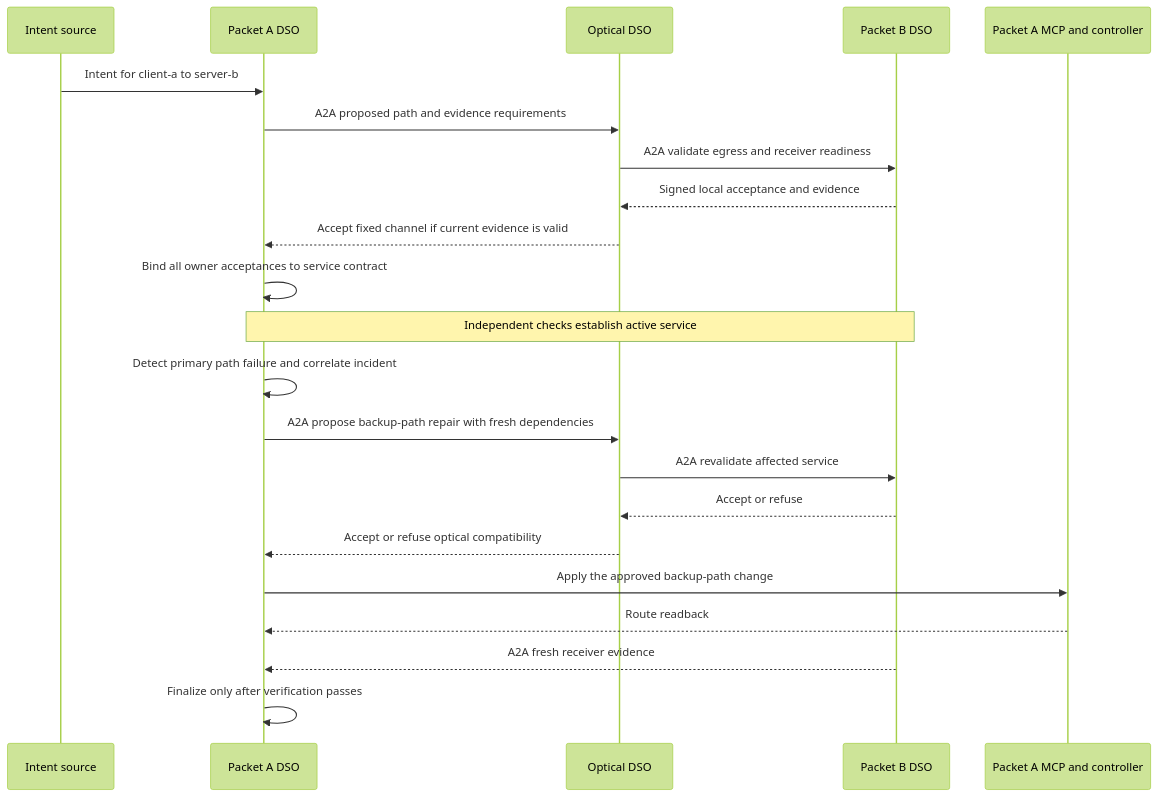
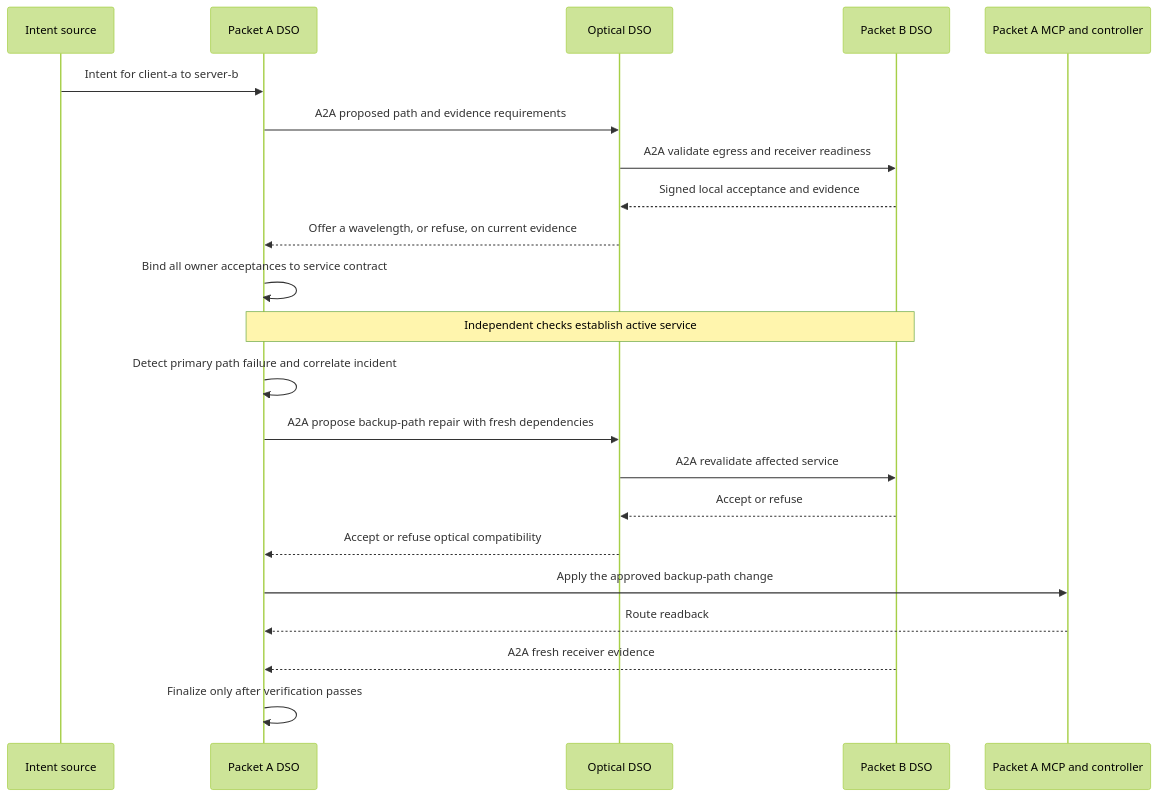
One commit to allenabishekGithub/inter-domain-automatedNetworking changed the third of 3 diagrams in docs/data-plane.md. Above: the diagram before and after it, drawn with Mermaid (forest theme). The commit also changed other lines of this file and 11 other files, not shown here.

````diff
--- a/docs/data-plane.md
+++ b/docs/data-plane.md
@@ -277,24 +299,24 @@
 ```mermaid
 sequenceDiagram
     participant U as Intent source
     participant A as Packet A DSO
     participant O as Optical DSO
     participant B as Packet B DSO
     participant M as Packet A MCP and controller
     U->>A: Intent for client-a to server-b
     A->>O: A2A proposed path and evidence requirements
     O->>B: A2A validate egress and receiver readiness
     B-->>O: Signed local acceptance and evidence
-    O-->>A: Accept fixed channel if current evidence is valid
+    O-->>A: Offer a wavelength, or refuse, on current evidence
     A->>A: Bind all owner acceptances to service contract
     Note over A,B: Independent checks establish active service
     A->>A: Detect primary path failure and correlate incident
     A->>O: A2A propose backup-path repair with fresh dependencies
     O->>B: A2A revalidate affected service
     B-->>O: Accept or refuse
     O-->>A: Accept or refuse optical compatibility
     A->>M: Apply the approved backup-path change
     M-->>A: Route readback
     B-->>A: A2A fresh receiver evidence
     A->>A: Finalize only after verification passes
 ```
````
